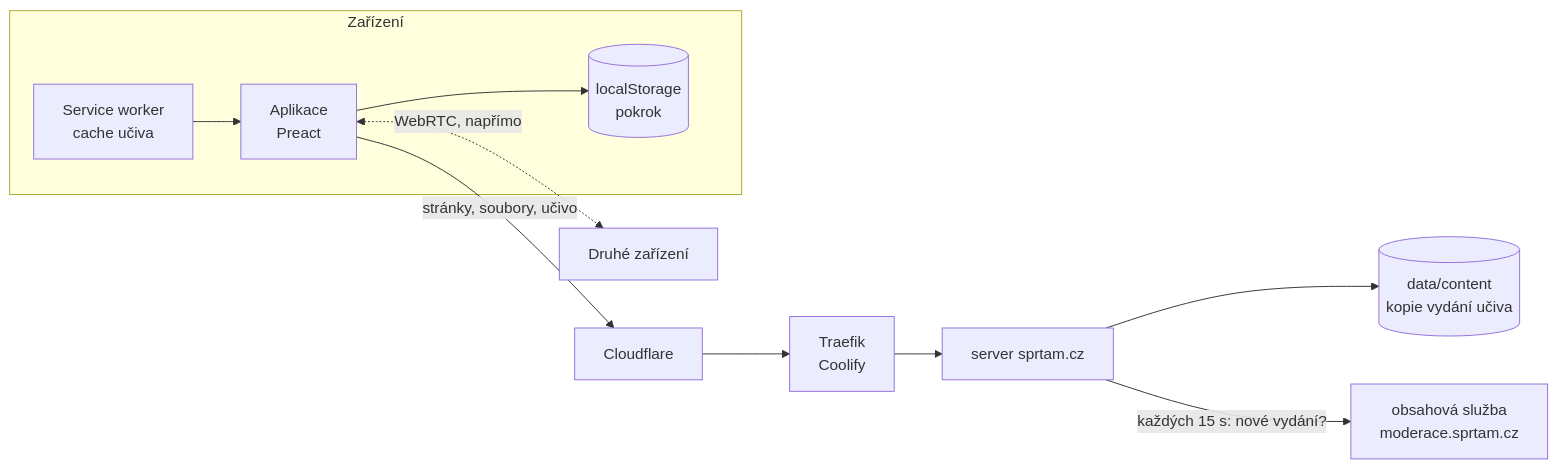
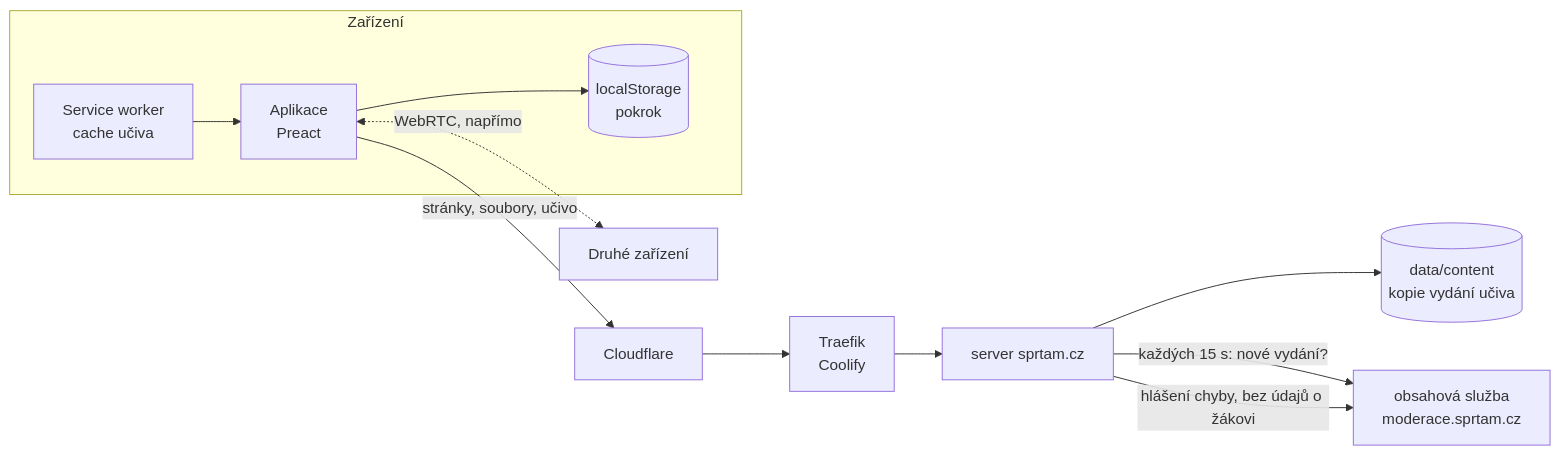
One commit to mrpajzl/sprtam changed the diagram in docs/ARCHITEKTURA.md. Above: the diagram before and after it, drawn with Mermaid. The commit also changed other lines of this file and 50 other files, not shown here.

````diff
--- a/docs/ARCHITEKTURA.md
+++ b/docs/ARCHITEKTURA.md
@@ -15,11 +15,12 @@
 ```mermaid
 flowchart LR
     subgraph Zařízení
       UI[Aplikace<br/>Preact] --> LS[(localStorage<br/>pokrok)]
       SW[Service worker<br/>cache učiva] --> UI
     end
     UI -- stránky, soubory, učivo --> CF[Cloudflare] --> P[Traefik<br/>Coolify] --> S[server sprtam.cz]
     S --> CC[(data/content<br/>kopie vydání učiva)]
     S -- každých 15 s: nové vydání? --> M[obsahová služba<br/>moderace.sprtam.cz]
+    S -- hlášení chyby, bez údajů o žákovi --> M
     UI <-. WebRTC, napřímo .-> UI2[Druhé zařízení]
 ```
````
